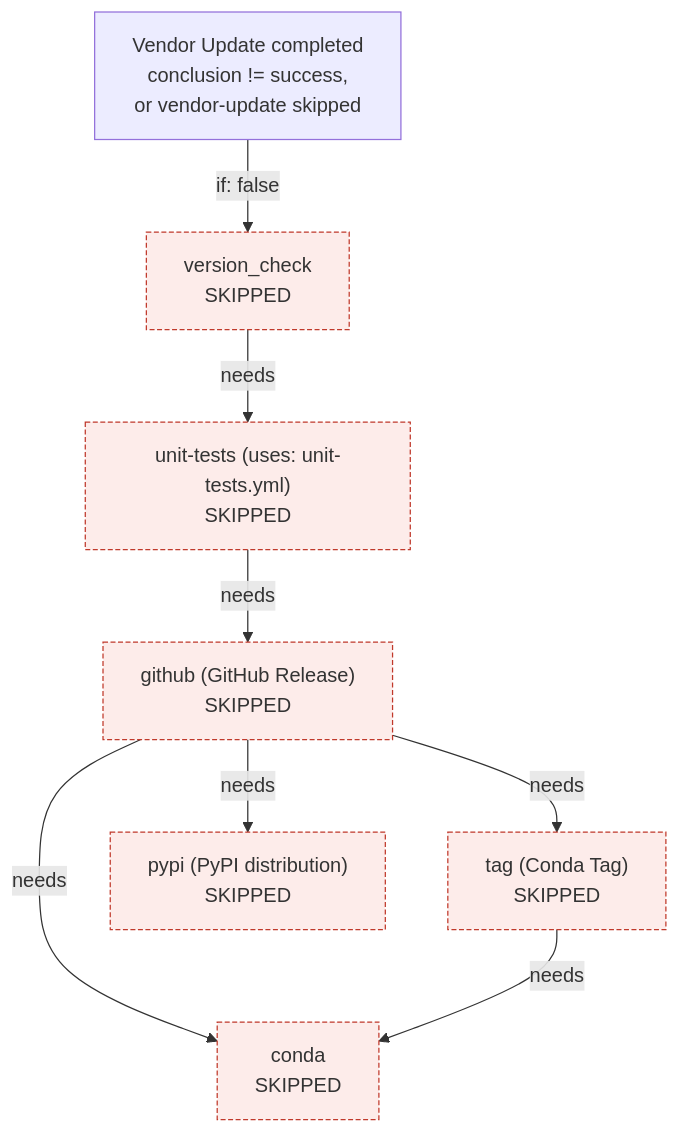
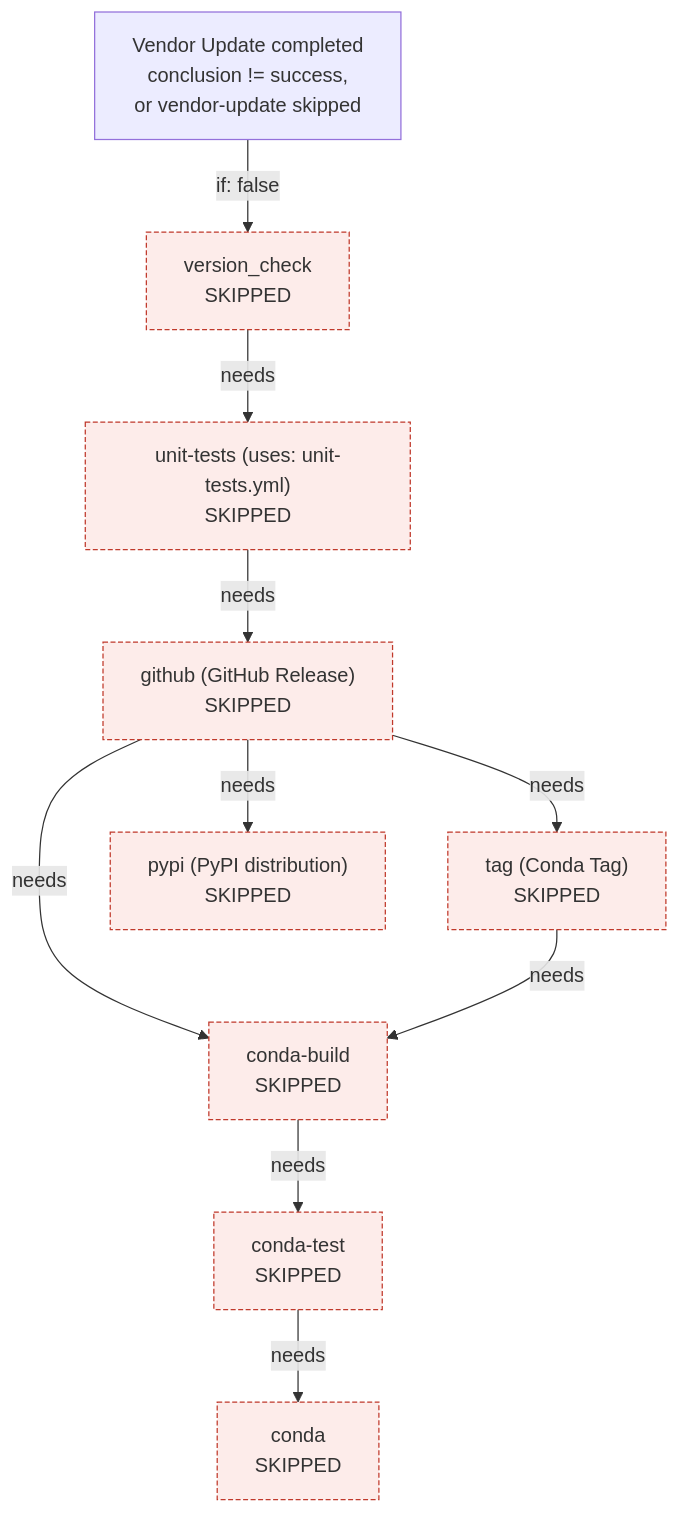
Before and after one commit to JarryShaw/PyPCAPKit: the fourth of 8 diagrams in docs/source/contributing/workflows.rst, drawn with Mermaid. The commit also changed other lines of this file and 56 other files, not shown here.

```diff
--- a/docs/source/contributing/workflows.rst
+++ b/docs/source/contributing/workflows.rst
@@ -592,21 +596,25 @@
 .. mermaid::
 
    flowchart TD
        WR["Vendor Update completed<br/>conclusion != success,<br/>or vendor-update skipped"]
        VC["version_check<br/>SKIPPED"]
        UTX["unit-tests (uses: unit-tests.yml)<br/>SKIPPED"]
        GH["github (GitHub Release)<br/>SKIPPED"]
        TAGJ["tag (Conda Tag)<br/>SKIPPED"]
        PY["pypi (PyPI distribution)<br/>SKIPPED"]
+       CB["conda-build<br/>SKIPPED"]
+       CT["conda-test<br/>SKIPPED"]
        CD["conda<br/>SKIPPED"]
 
        WR -->|if: false| VC
        VC -->|needs| UTX
        UTX -->|needs| GH
        GH -->|needs| TAGJ
        GH -->|needs| PY
-       GH -->|needs| CD
-       TAGJ -->|needs| CD
+       GH -->|needs| CB
+       TAGJ -->|needs| CB
+       CB -->|needs| CT
+       CT -->|needs| CD
 
        classDef skipped fill:#fdecea,stroke:#c0392b,stroke-dasharray:4 2
-       class UTX,VC,GH,TAGJ,PY,CD skipped
+       class UTX,VC,GH,TAGJ,PY,CB,CT,CD skipped
```
